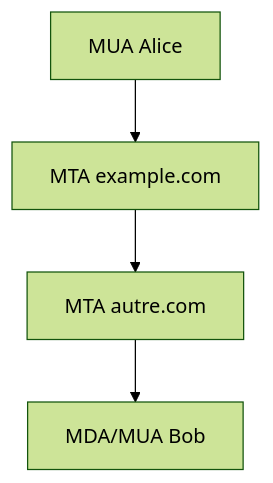
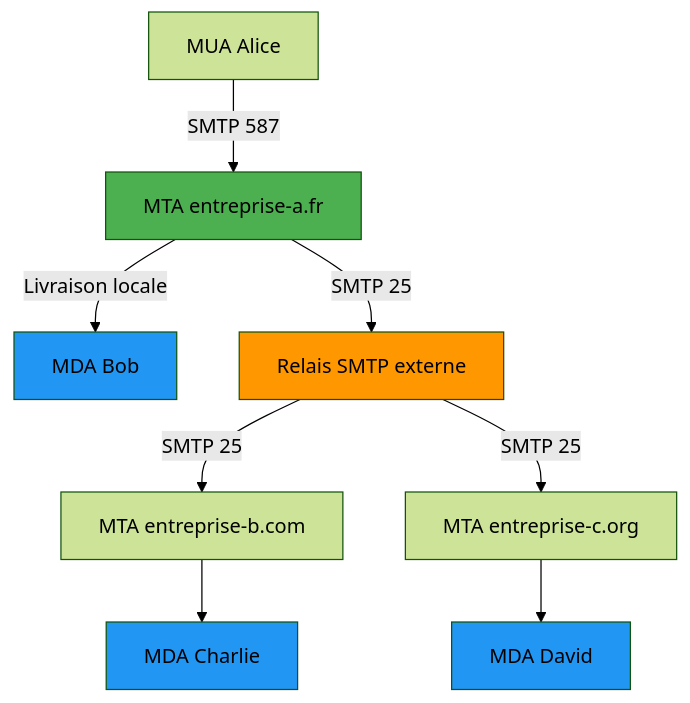
Before and after one commit to JSurquin/postfix: the diagram in pages/qcm-module-01.md, drawn with Mermaid (forest theme). The commit also changed other lines of this file and 4 other files, not shown here.

````diff
--- a/pages/qcm-module-01.md
+++ b/pages/qcm-module-01.md
@@ -116,6 +149,16 @@
 ```mermaid
 graph TD
-    A[MUA Alice] --> B[MTA example.com]
-    B --> C[MTA autre.com]
-    C --> D[MDA/MUA Bob]
+    A[MUA Alice] -->|SMTP 587| B[MTA entreprise-a.fr]
+    B -->|Livraison locale| C[MDA Bob]
+    B -->|SMTP 25| D[Relais SMTP externe]
+    D -->|SMTP 25| E[MTA entreprise-b.com]
+    D -->|SMTP 25| F[MTA entreprise-c.org]
+    E --> G[MDA Charlie]
+    F --> H[MDA David]
+    
+    style B fill:#4CAF50
+    style D fill:#FF9800
+    style C fill:#2196F3
+    style G fill:#2196F3
+    style H fill:#2196F3
 ```
````
